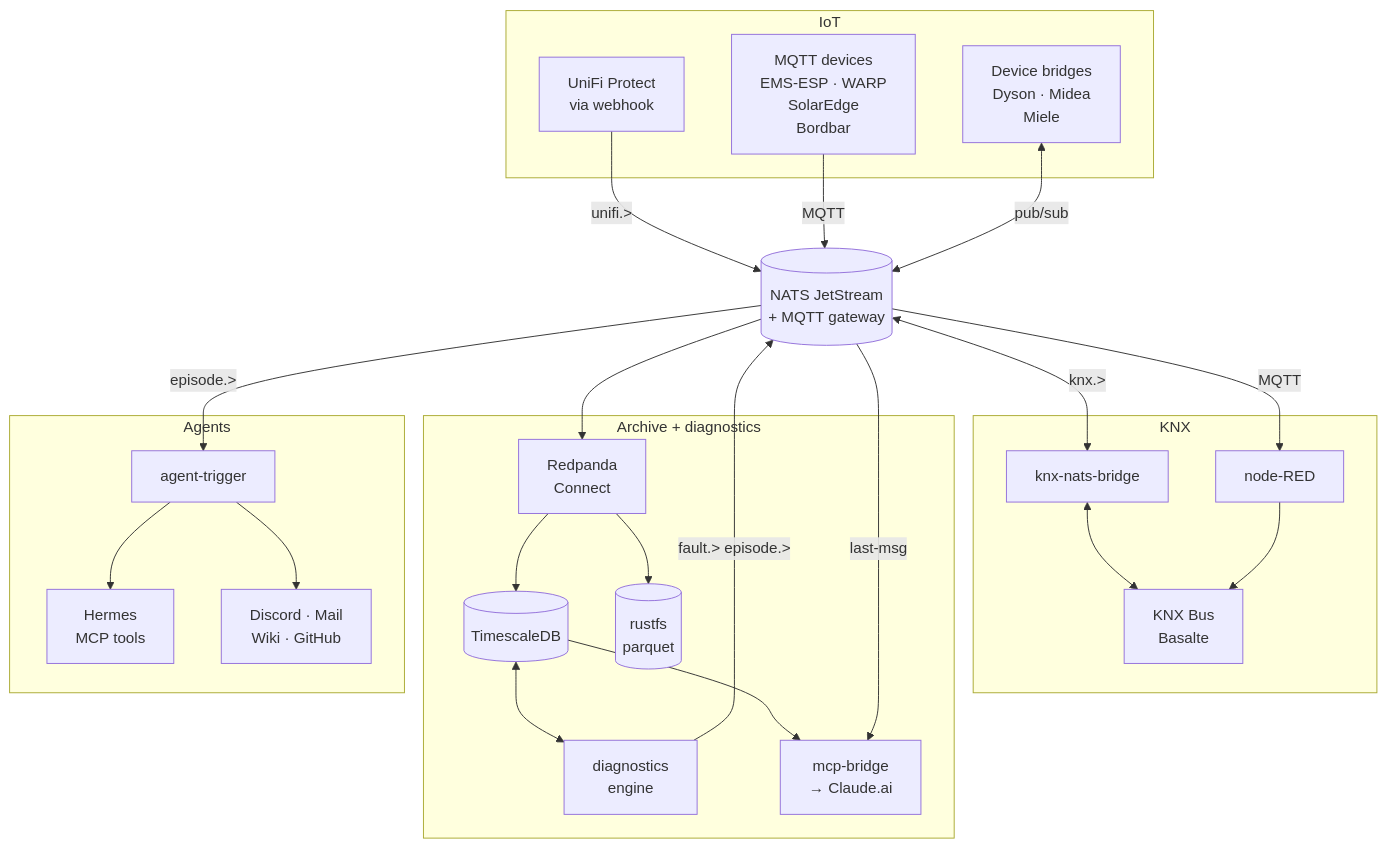
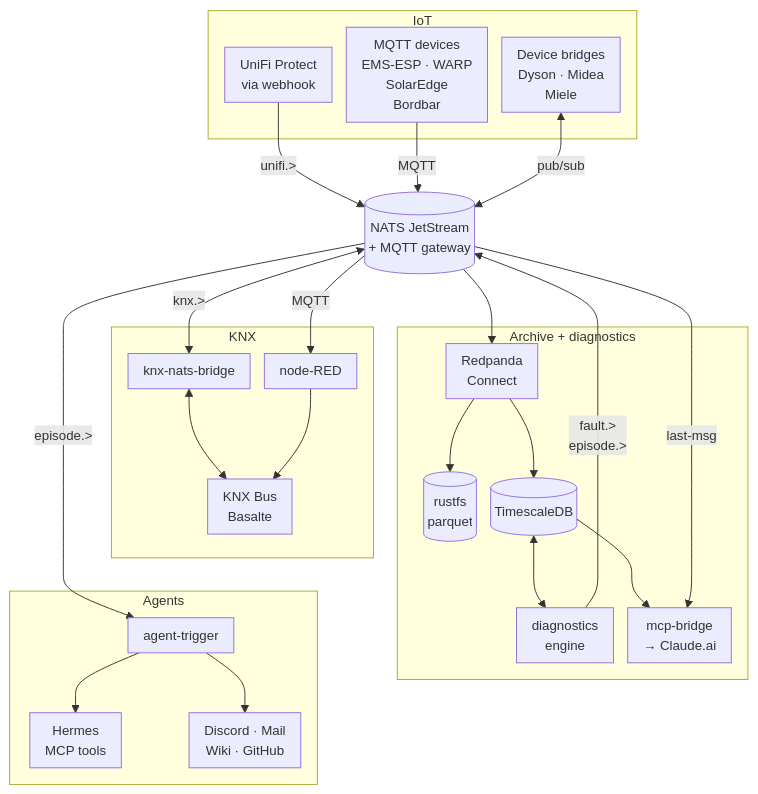
Before and after one commit to alexander-zimmermann/lares: the second of 2 diagrams in README.md, drawn with Mermaid. The commit also changed other lines of this file, not shown here.

Commit message:
docs(readme): same 14 px text in both diagrams
The data-flow diagram was 1496 px wide, so GitHub scaled it to the
column and its text shrank to about 9 px next to the stack diagram's
16 px. Both diagrams now set fontSize 14px and fit the column
unscaled: the data flow uses the dagre layout, drops GitHub's 120 px
minimum node width, tightens the spacing, and puts the agents block
under KNX instead of beside it. rustfs moves left of TimescaleDB so
the TimescaleDB-to-MCP-bridge edge no longer runs past it.

````diff
--- a/README.md
+++ b/README.md
@@ -121,49 +123,63 @@
 ```mermaid
+---
+config:
+  layout: dagre
+  themeVariables:
+    fontSize: 14px
+  flowchart:
+    minNodeWidth: 0
+    wrappingWidth: 200
+    padding: 8
+    nodeSpacing: 15
+    rankSpacing: 35
+    diagramPadding: 8
+---
 flowchart TB
     subgraph IOT[IoT]
         webhook[UniFi Protect<br/>via webhook]
         mqtt[MQTT devices<br/>EMS-ESP · WARP<br/>SolarEdge<br/>Bordbar]
         devb[Device bridges<br/>Dyson · Midea<br/>Miele]
     end
 
     nats[(NATS JetStream<br/>+ MQTT gateway)]
 
     webhook -- unifi.> --> nats
     mqtt -- MQTT --> nats
     devb <-- pub/sub --> nats
 
     subgraph KX[KNX]
         bridge[knx-nats-bridge]
         nodered[node-RED]
         knx[KNX Bus<br/>Basalte]
         bridge <--> knx
         nodered --> knx
     end
 
     subgraph ARCH[Archive + diagnostics]
         ingest[Redpanda<br/>Connect]
+        rustfs[(rustfs<br/>parquet)]
         tsdb[(TimescaleDB)]
-        rustfs[(rustfs<br/>parquet)]
         engine[diagnostics<br/>engine]
         mcp[mcp-bridge<br/>→ Claude.ai]
+        ingest --> rustfs
         ingest --> tsdb
-        ingest --> rustfs
         tsdb <--> engine
         tsdb --> mcp
     end
 
     subgraph AG[Agents]
         trigger[agent-trigger]
         hermes[Hermes<br/>MCP tools]
         out[Discord · Mail<br/>Wiki · GitHub]
         trigger --> hermes
         trigger --> out
     end
 
     nats <-- knx.> --> bridge
     nats -- MQTT --> nodered
     nats --> ingest
-    engine -- fault.> episode.> --> nats
+    engine -- "fault.><br/>episode.>" --> nats
     nats -- last-msg --> mcp
     nats -- episode.> --> trigger
+    knx ~~~ trigger
 ```
````
